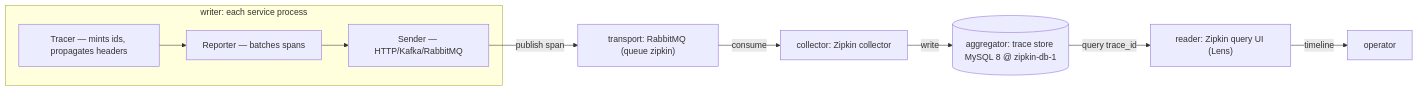
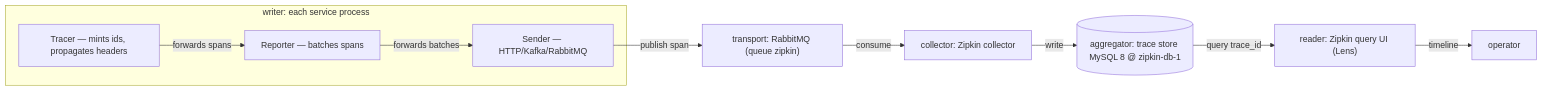
One commit to vinayakuber/microservices-io-study-guide changed the ninth of 14 diagrams in docs/ch33-distributed-tracing.md. Above: the diagram before and after it, drawn with Mermaid. The commit also changed other lines of this file and 71 other files, not shown here.

First line of the commit message:
R18: label every diagram arrow with its meaning

````diff
--- a/docs/ch33-distributed-tracing.md
+++ b/docs/ch33-distributed-tracing.md
@@ -288,11 +288,11 @@
 ```mermaid
 flowchart LR
   subgraph APP["writer: each service process"]
-    TR["Tracer — mints ids, propagates headers"] --> RP["Reporter — batches spans"] --> SD["Sender — HTTP/Kafka/RabbitMQ"]
+    TR["Tracer — mints ids, propagates headers"] -->|"forwards spans"| RP["Reporter — batches spans"] -->|"forwards batches"| SD["Sender — HTTP/Kafka/RabbitMQ"]
   end
   SD -->|"publish span"| BRK["transport: RabbitMQ (queue zipkin)"]
   BRK -->|"consume"| CL["collector: Zipkin collector"]
   CL -->|"write"| ST[("aggregator: trace store MySQL 8 @ zipkin-db-1")]
   ST -->|"query trace_id"| QU["reader: Zipkin query UI (Lens)"]
   QU -->|"timeline"| OP["operator"]
 ```
````
